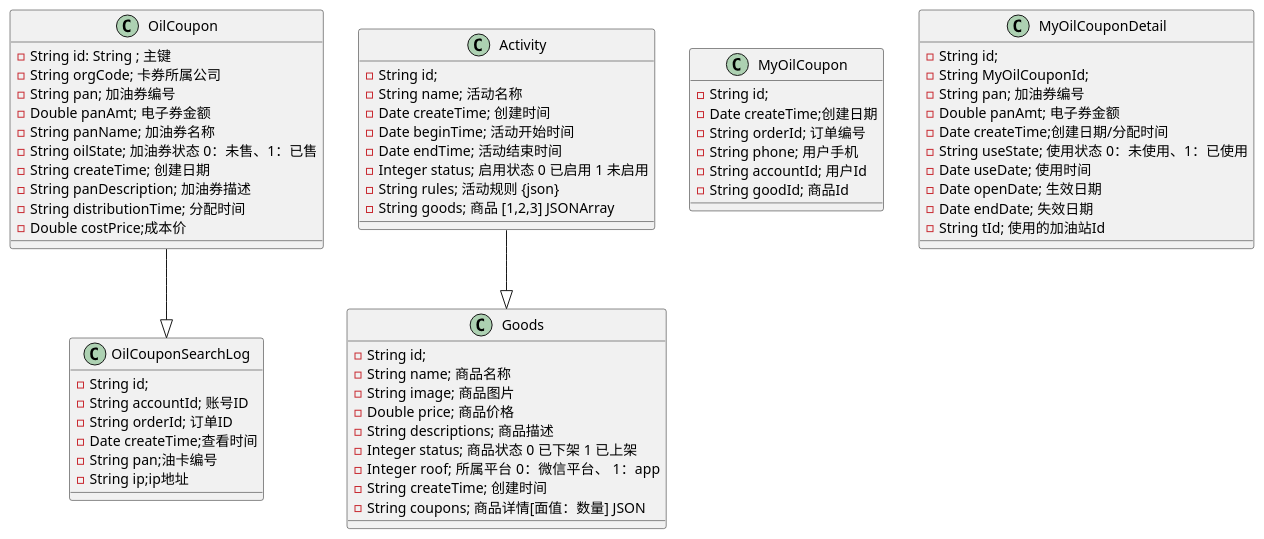
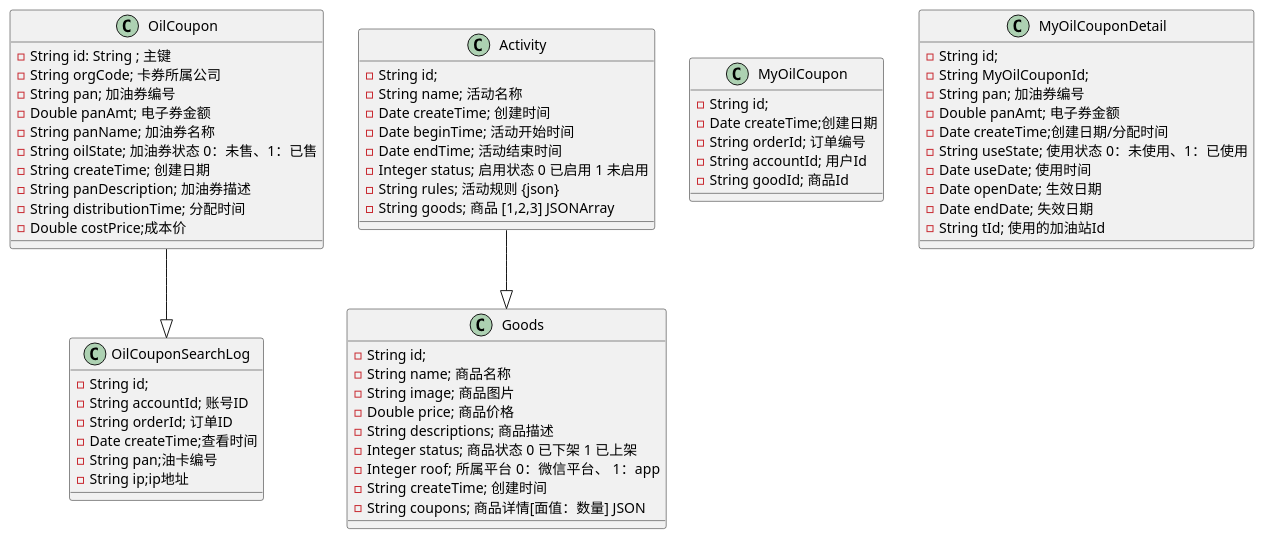
Before and after one commit to zhongliudizhu/api-platform: the diagram in doc/shop.puml, drawn with PlantUML.

```diff
--- a/doc/shop.puml
+++ b/doc/shop.puml
@@ -1,71 +1,70 @@
 @startuml
 
 class OilCoupon{
    - String id: String ; 主键
    - String orgCode; 卡券所属公司
    - String pan; 加油券编号
    - Double panAmt; 电子券金额
    - String panName; 加油券名称
    - String oilState; 加油券状态 0：未售、1：已售
    - String createTime; 创建日期
    - String panDescription; 加油券描述
    - String distributionTime; 分配时间
    - Double costPrice;成本价
 }
 
 class OilCouponSearchLog {
    - String id;
    - String accountId; 账号ID
    - String orderId; 订单ID
    - Date createTime;查看时间
    - String pan;油卡编号
    - String ip;ip地址
 }
 class Goods {
    - String id;
    - String name; 商品名称
    - String image; 商品图片
    - Double price; 商品价格
    - String descriptions; 商品描述
    - Integer status; 商品状态 0 已下架 1 已上架
    - Integer roof; 所属平台  0：微信平台、 1：app
    - String createTime; 创建时间
    - String coupons; 商品详情[面值：数量] JSON
 }
 
 class Activity {
    - String id;
    - String name; 活动名称
    - Date createTime; 创建时间
    - Date beginTime; 活动开始时间
    - Date endTime; 活动结束时间
    - Integer status; 启用状态 0 已启用 1 未启用
    - String rules; 活动规则 {json}
    - String goods; 商品 [1,2,3] JSONArray
 }
 class MyOilCoupon {
    - String id;
    - Date createTime;创建日期
    - String orderId; 订单编号
-   - String phone; 用户手机
    - String accountId; 用户Id
    - String goodId; 商品Id
 }
 class MyOilCouponDetail {
    - String id;
    - String MyOilCouponId;
    - String pan; 加油券编号
    - Double panAmt; 电子券金额
    - Date createTime;创建日期/分配时间
    - String useState; 使用状态 0：未使用、1：已使用
    - Date useDate; 使用时间
    - Date openDate; 生效日期
    - Date endDate; 失效日期
    - String tId; 使用的加油站Id
 }
 
 
 Activity  --|>Goods
 OilCoupon --|>OilCouponSearchLog
 
 @enduml
```
